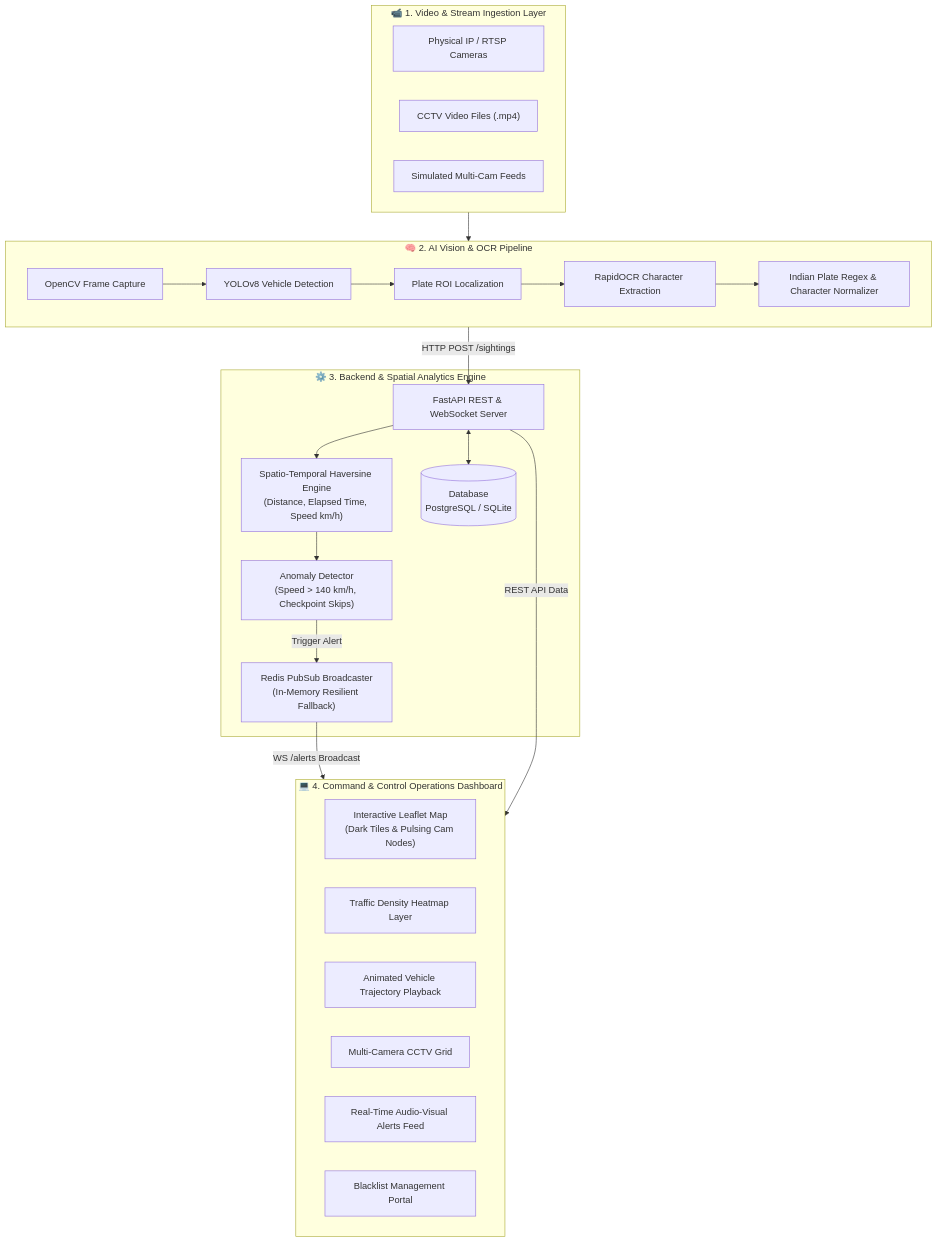
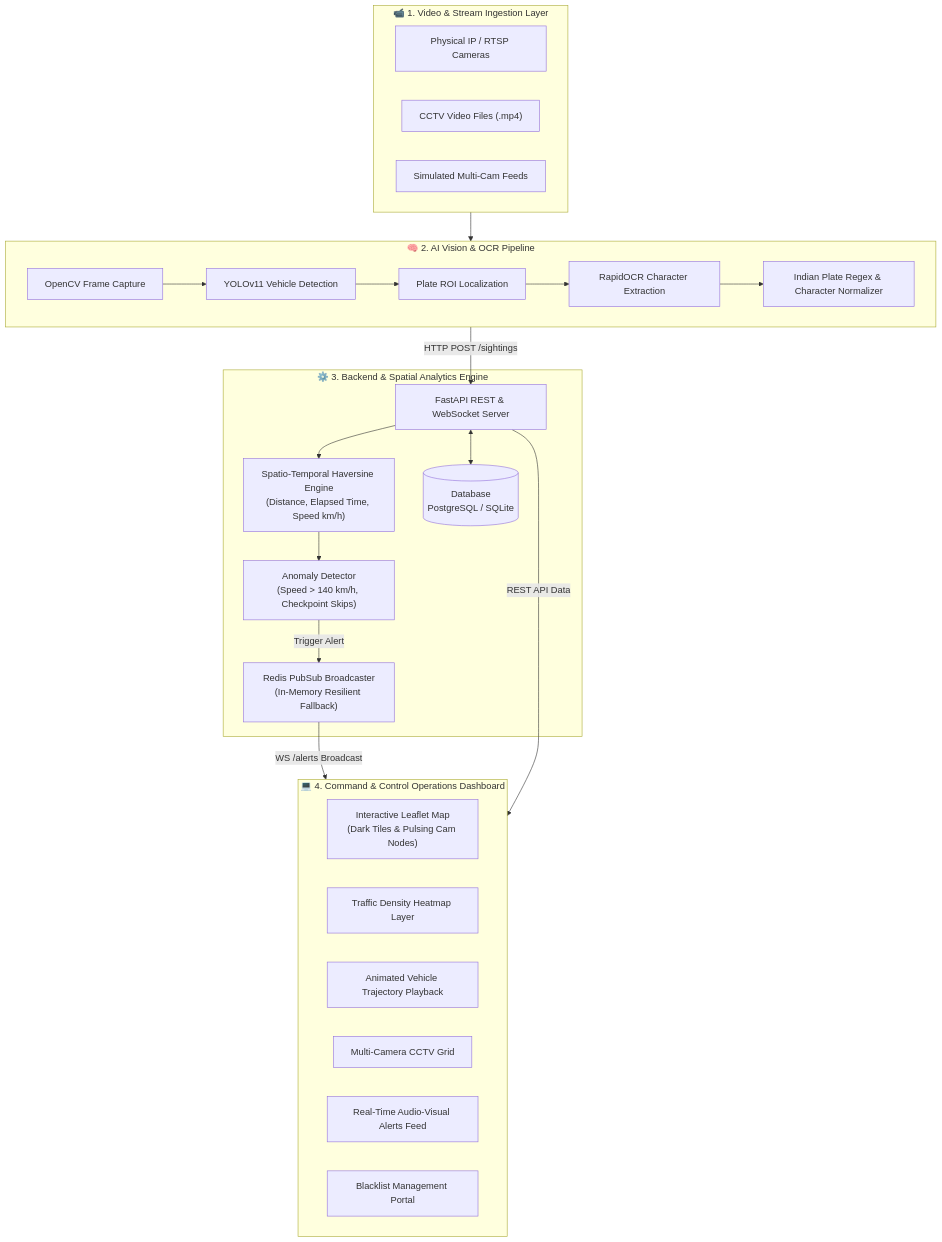
One commit to Datadeveloper03/ANPR-RealTime changed the diagram in README.md. Above: the diagram before and after it, drawn with Mermaid. The commit also changed other lines of this file, not shown here.

Commit message:
Yolov8 to Yolov11

````diff
--- a/README.md
+++ b/README.md
@@ -16,41 +16,41 @@
 ```mermaid
 flowchart TD
     subgraph INGESTION["📹 1. Video & Stream Ingestion Layer"]
         A1["Physical IP / RTSP Cameras"]
         A2["CCTV Video Files (.mp4)"]
         A3["Simulated Multi-Cam Feeds"]
     end
 
     subgraph PIPELINE["🧠 2. AI Vision & OCR Pipeline"]
-        B1["OpenCV Frame Capture"] --> B2["YOLOv8 Vehicle Detection"]
+        B1["OpenCV Frame Capture"] --> B2["YOLOv11 Vehicle Detection"]
         B2 --> B3["Plate ROI Localization"]
         B3 --> B4["RapidOCR Character Extraction"]
         B4 --> B5["Indian Plate Regex & Character Normalizer"]
     end
 
     subgraph BACKEND["⚙️ 3. Backend & Spatial Analytics Engine"]
         C1["FastAPI REST & WebSocket Server"]
         C2["Spatio-Temporal Haversine Engine\n(Distance, Elapsed Time, Speed km/h)"]
         C3["Anomaly Detector\n(Speed > 140 km/h, Checkpoint Skips)"]
         C4["Redis PubSub Broadcaster\n(In-Memory Resilient Fallback)"]
         C5[("Database\nPostgreSQL / SQLite")]
     end
 
     subgraph DASHBOARD["💻 4. Command & Control Operations Dashboard"]
         D1["Interactive Leaflet Map\n(Dark Tiles & Pulsing Cam Nodes)"]
         D2["Traffic Density Heatmap Layer"]
         D3["Animated Vehicle Trajectory Playback"]
         D4["Multi-Camera CCTV Grid"]
         D5["Real-Time Audio-Visual Alerts Feed"]
         D6["Blacklist Management Portal"]
     end
 
     INGESTION --> PIPELINE
     PIPELINE -->|"HTTP POST /sightings"| C1
     C1 <--> C5
     C1 --> C2
     C2 --> C3
     C3 -->|"Trigger Alert"| C4
     C4 -->|"WS /alerts Broadcast"| DASHBOARD
     C1 -->|"REST API Data"| DASHBOARD
 ```
````
